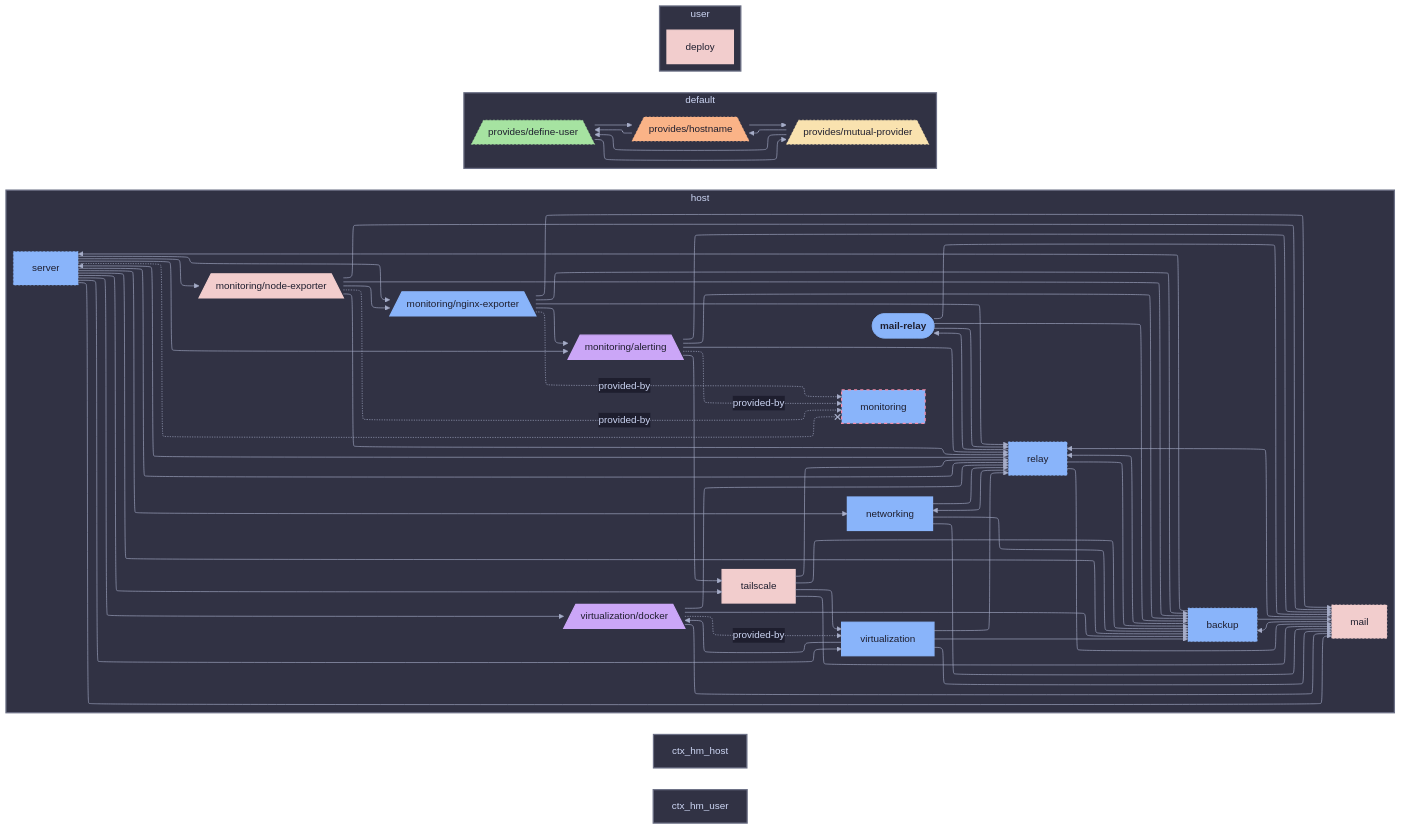
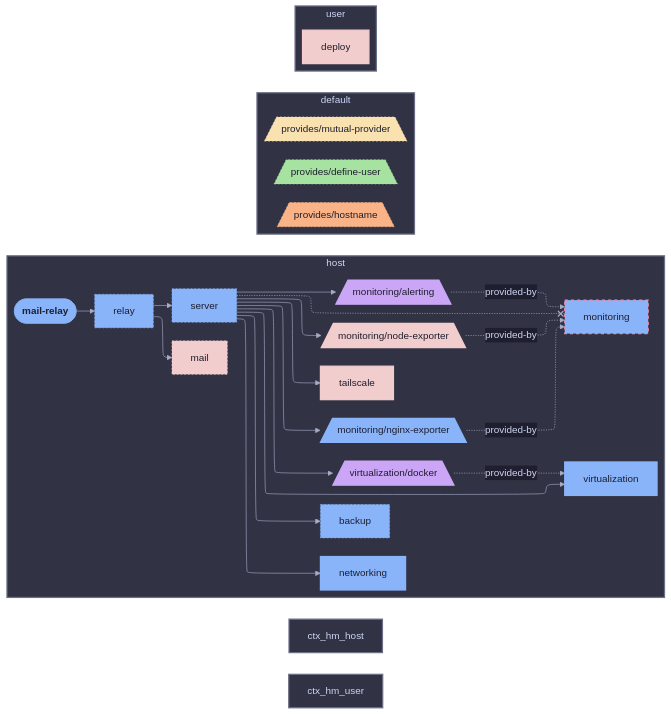
One commit to sini/den changed the diagram in templates/diag-fx-demo/diagrams/mail-relay-has-aspect-hm.md. Above: the diagram before and after it, drawn with Mermaid. The commit also changed 849 other files, not shown here.

Commit message:
chore: update fx diagrams

```diff
--- a/templates/diag-fx-demo/diagrams/mail-relay-has-aspect-hm.md
+++ b/templates/diag-fx-demo/diagrams/mail-relay-has-aspect-hm.md
@@ -20,47 +20,11 @@
   server["server"]:::server_c
   tailscale["tailscale"]:::tailscale_c
   virtualization["virtualization"]:::virtualization_c
-  backup --> mail
-  backup --> relay
-  backup --> server
-  mail --> backup
-  mail_relay --> backup
-  monitoring__alerting --> backup
-  monitoring__nginx_exporter --> backup
-  monitoring__node_exporter --> backup
-  networking --> backup
-  relay --> backup
-  server --> backup
-  tailscale --> backup
-  virtualization --> backup
-  virtualization__docker --> backup
-  mail_relay --> mail
-  monitoring__alerting --> mail
-  monitoring__nginx_exporter --> mail
-  monitoring__node_exporter --> mail
-  networking --> mail
+  mail_relay --> relay
   relay --> mail
-  server --> mail
-  tailscale --> mail
-  virtualization --> mail
-  virtualization__docker --> mail
-  mail --> relay
-  mail_relay --> relay
-  monitoring__alerting --> relay
-  monitoring__nginx_exporter --> relay
-  monitoring__node_exporter --> relay
-  networking --> relay
-  server --> relay
-  tailscale --> relay
-  virtualization --> relay
-  virtualization__docker --> relay
-  monitoring__alerting --> tailscale
-  monitoring__nginx_exporter --> monitoring__alerting
-  monitoring__node_exporter --> monitoring__nginx_exporter
-  relay --> mail_relay
-  relay --> networking
   relay --> server
   server --> monitoring__alerting
+  server --> backup
   server --> virtualization__docker
   server -.-x monitoring
   server --> networking
@@ -68,8 +32,6 @@
   server --> monitoring__node_exporter
   server --> tailscale
   server --> virtualization
-  tailscale --> virtualization
-  virtualization --> virtualization__docker
   monitoring__node_exporter -.->|provided-by| monitoring
   monitoring__nginx_exporter -.->|provided-by| monitoring
   monitoring__alerting -.->|provided-by| monitoring
@@ -79,12 +41,7 @@
   den__provides__define_user[/"provides/define-user"\]:::den__provides__define_user_c
   den__provides__hostname[/"provides/hostname"\]:::den__provides__hostname_c
   den__provides__mutual_provider[/"provides/mutual-provider"\]:::den__provides__mutual_provider_c
-  den__provides__mutual_provider --> den__provides__define_user
-  den__provides__mutual_provider --> den__provides__hostname
-  den__provides__hostname --> den__provides__define_user
-  den__provides__define_user --> den__provides__hostname
-  den__provides__define_user --> den__provides__mutual_provider
-  den__provides__hostname --> den__provides__mutual_provider
+
   end
   subgraph ctx_user["user"]
   deploy["deploy"]:::deploy_c
@@ -100,7 +57,7 @@
   classDef virtualization__docker_c fill:#cba6f7,stroke:#cba6f7,color:#1e1e2e,stroke-width:2px
   classDef den__provides__hostname_c fill:#fab387,stroke:#fab387,color:#1e1e2e,stroke-dasharray: 3 3,stroke-width:1px
   classDef mail_c fill:#f2cdcd,stroke:#f2cdcd,color:#1e1e2e,stroke-dasharray: 3 3,stroke-width:1px
-  classDef mail_relay_c fill:#cba6f7,stroke:#cba6f7,color:#1e1e2e,stroke-width:3px
+  classDef mail_relay_c fill:#cba6f7,stroke:#cba6f7,color:#1e1e2e,stroke-width:2px
   classDef monitoring_c fill:#89b4fa,stroke:#f38ba8,color:#1e1e2e,stroke-dasharray: 5 5,stroke-width:2px
   classDef den__provides__mutual_provider_c fill:#f9e2af,stroke:#f9e2af,color:#1e1e2e,stroke-dasharray: 3 3,stroke-width:1px
   classDef networking_c fill:#89b4fa,stroke:#89b4fa,color:#1e1e2e,stroke-width:2px
```
